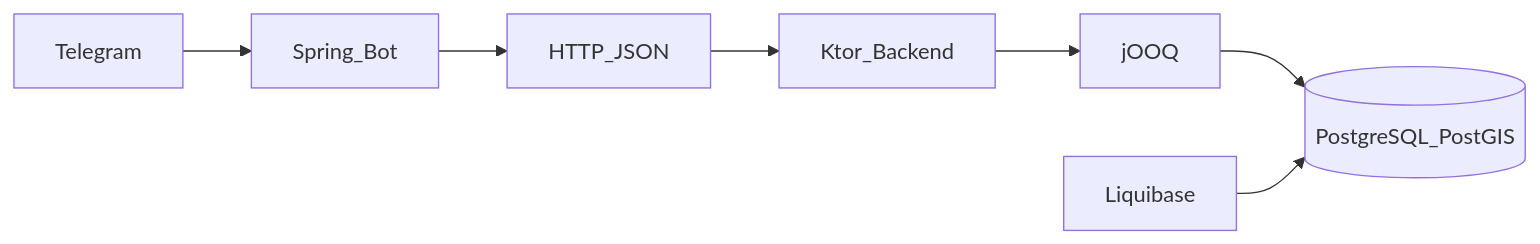
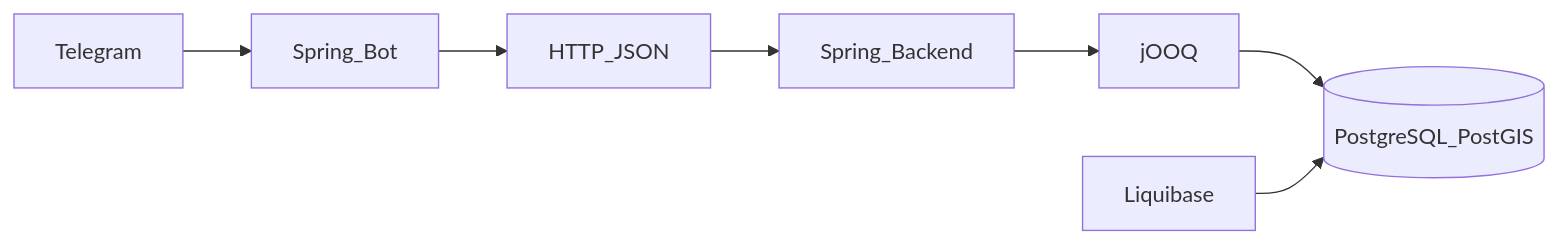
The diagram in docs/architecture/TECHNICAL_OVERVIEW.md (yayauheny/tutochka-backend), drawn with Mermaid before and after one commit. The commit also changed other lines of this file and 3 other files, not shown here.

````diff
--- a/docs/architecture/TECHNICAL_OVERVIEW.md
+++ b/docs/architecture/TECHNICAL_OVERVIEW.md
@@ -233,17 +233,17 @@
 ```mermaid
 flowchart LR
   tg[Telegram]
   bot[Spring_Bot]
   http[HTTP_JSON]
-  api[Ktor_Backend]
+  api[Spring_Backend]
   jooq[jOOQ]
   db[(PostgreSQL_PostGIS)]
   lb[Liquibase]
 
   tg --> bot
   bot --> http
   http --> api
   api --> jooq
   jooq --> db
   lb --> db
 ```
````
